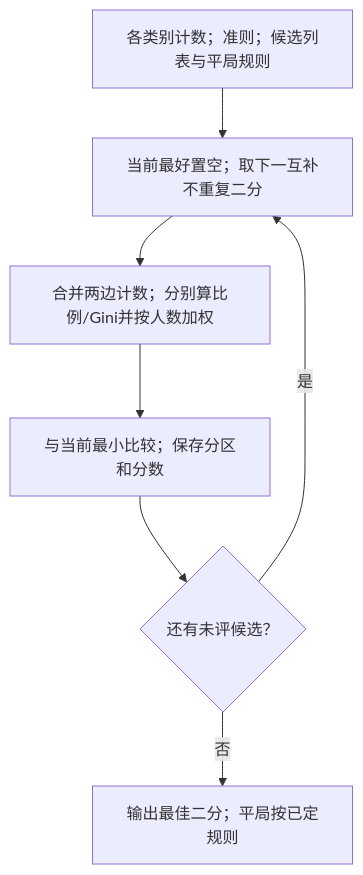
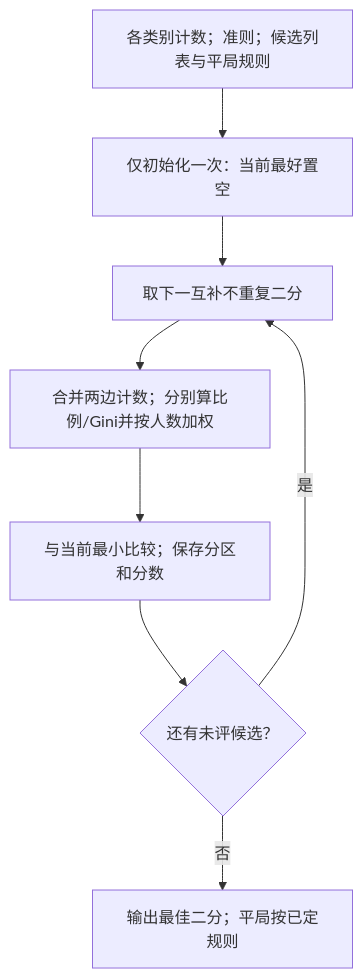
One commit to CercaTrovato/cityu-ai-course-notes changed the third of 14 diagrams in IS6400_Business_Data_Analytics/notes/M04-特征工程-特征重要性与降维.md. Above: the diagram before and after it, drawn with Mermaid. The commit also changed other lines of this file and 189 other files, not shown here.

````diff
--- a/IS6400_Business_Data_Analytics/notes/M04-特征工程-特征重要性与降维.md
+++ b/IS6400_Business_Data_Analytics/notes/M04-特征工程-特征重要性与降维.md
@@ -1437,9 +1512,10 @@
 ```mermaid
 flowchart TD
-    BS0[各类别计数；准则；候选列表与平局规则] --> BS1[当前最好置空；取下一互补不重复二分]
+    BS0[各类别计数；准则；候选列表与平局规则] --> BSI[仅初始化一次：当前最好置空]
+    BSI --> BS1[取下一互补不重复二分]
     BS1 --> BS2[合并两边计数；分别算比例/Gini并按人数加权]
     BS2 --> BS3[与当前最小比较；保存分区和分数]
     BS3 --> BS4{还有未评候选？}
     BS4 -->|是| BS1
     BS4 -->|否| BS5[输出最佳二分；平局按已定规则]
 ```
````
